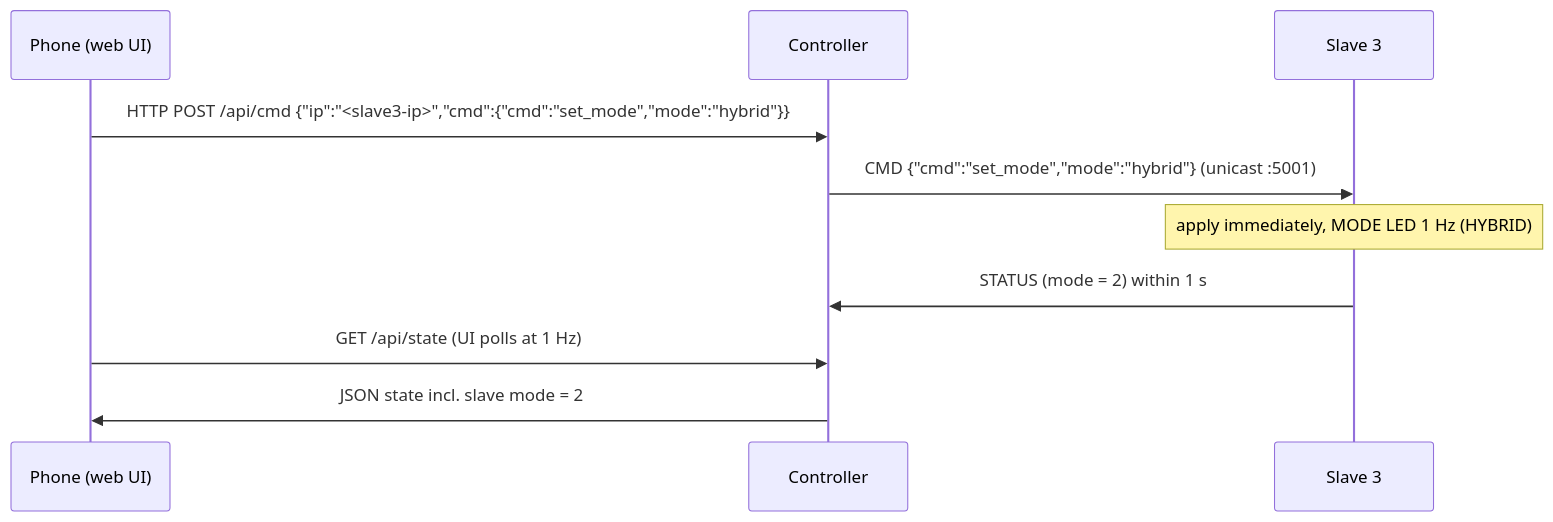
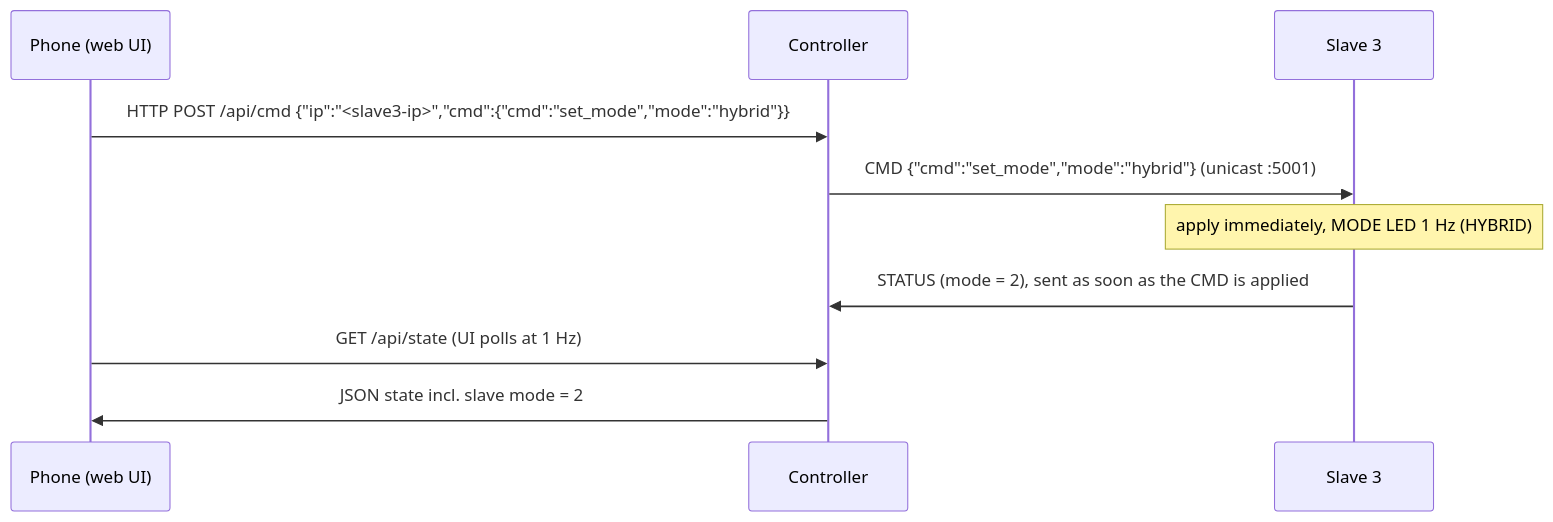
The third of 3 diagrams in docs/protocol.md (finnff/hyper-osci), drawn with Mermaid before and after one commit. The commit also changed other lines of this file and 13 other files, not shown here.

````diff
--- a/docs/protocol.md
+++ b/docs/protocol.md
@@ -430,13 +433,13 @@
 ```mermaid
 sequenceDiagram
     participant P as Phone (web UI)
     participant C as Controller
     participant S as Slave 3
 
     P->>C: HTTP POST /api/cmd {"ip":"<slave3-ip>","cmd":{"cmd":"set_mode","mode":"hybrid"}}
     C->>S: CMD {"cmd":"set_mode","mode":"hybrid"} (unicast :5001)
     Note over S: apply immediately, MODE LED 1 Hz (HYBRID)
-    S->>C: STATUS (mode = 2) within 1 s
+    S->>C: STATUS (mode = 2), sent as soon as the CMD is applied
     P->>C: GET /api/state (UI polls at 1 Hz)
     C->>P: JSON state incl. slave mode = 2
 ```
````
